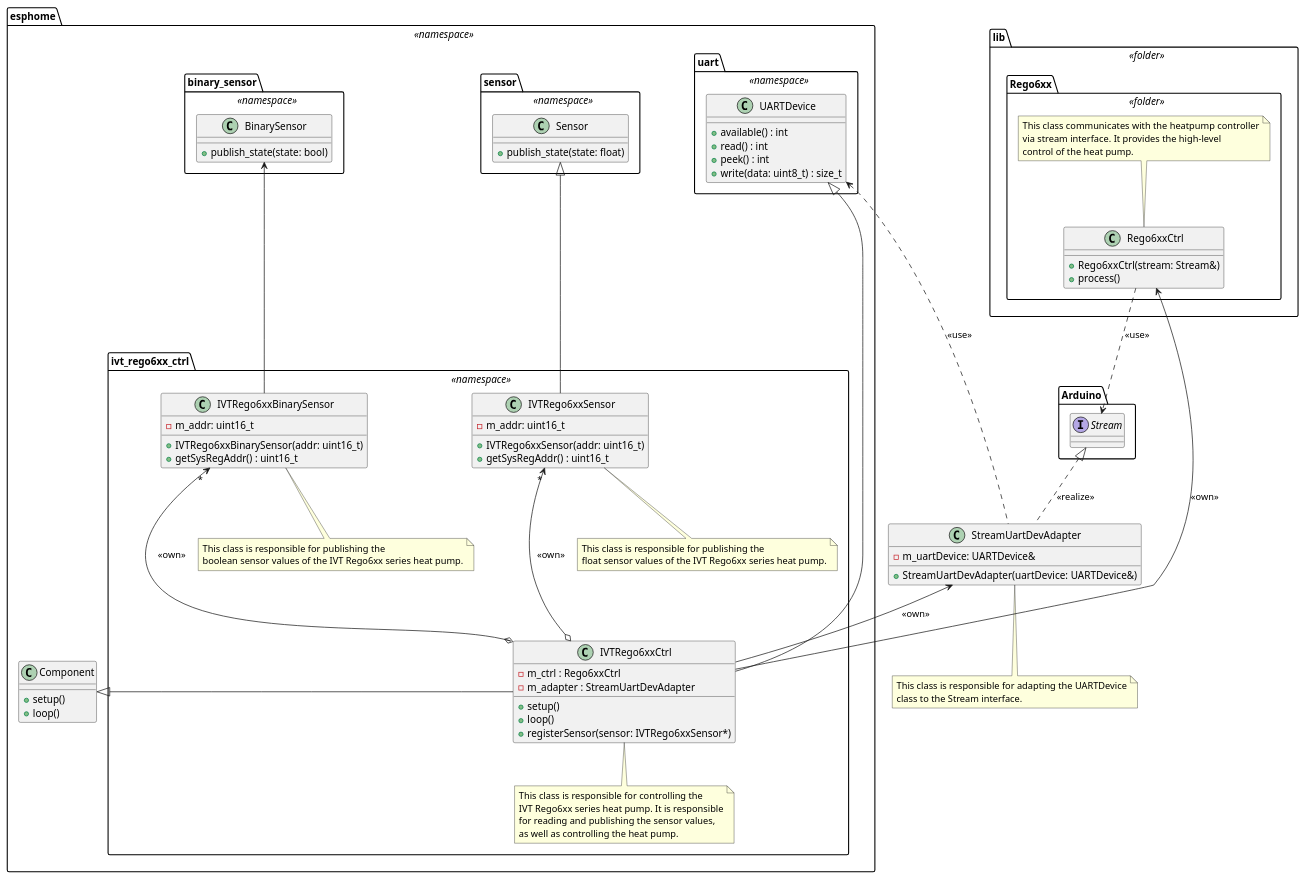
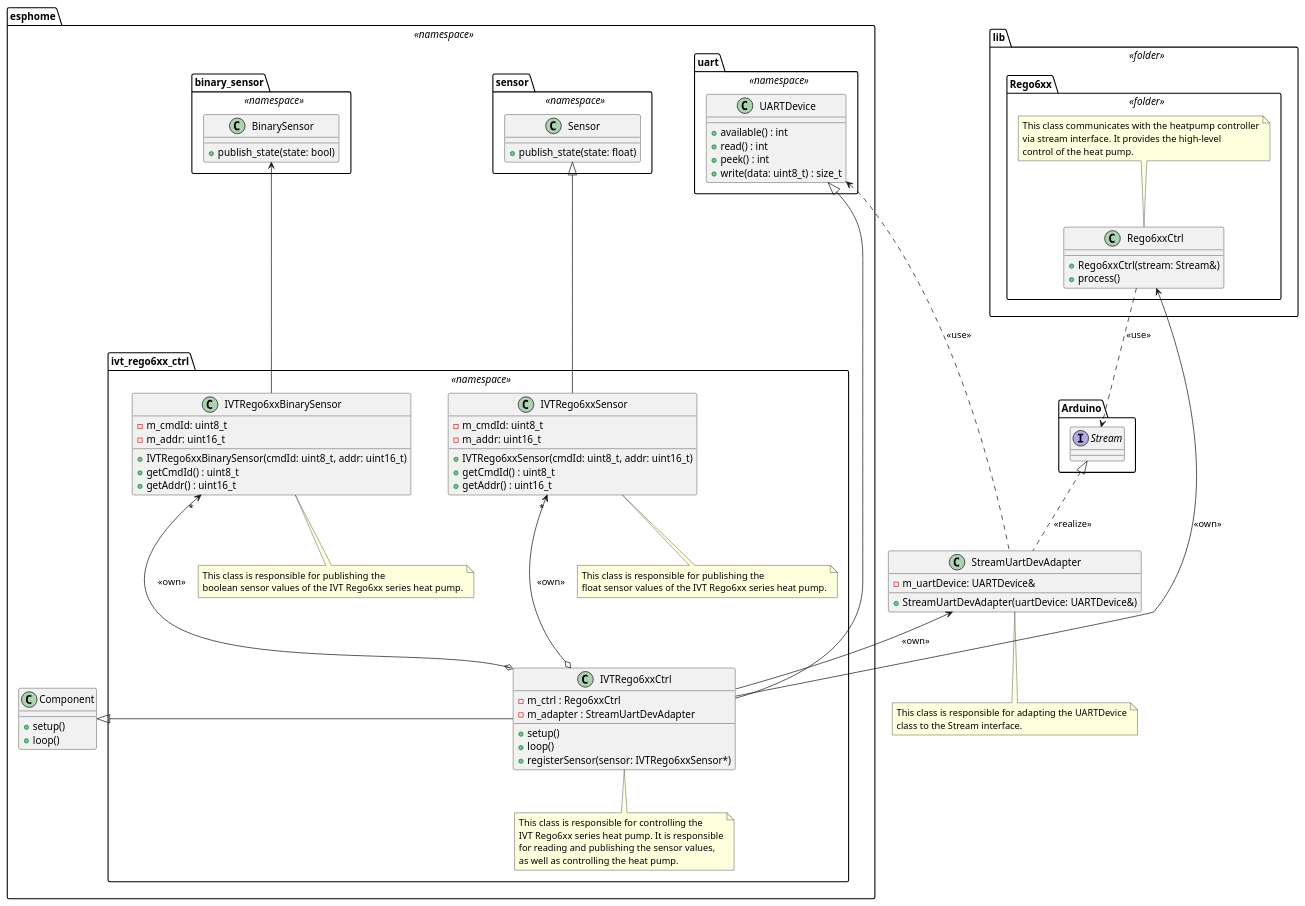
One commit to BlueAndi/IVTRego6xxControl changed the diagram in doc/sw-architecture/class_diagram.puml. Above: the diagram before and after it, drawn with PlantUML. The commit also changed 11 other files, not shown here.

```diff
--- a/doc/sw-architecture/class_diagram.puml
+++ b/doc/sw-architecture/class_diagram.puml
@@ -1,121 +1,125 @@
 @startuml class_diagram
 
 package "esphome" <<namespace>> {
 
     package "uart" <<namespace>> as uartPckg {
 
         class "UARTDevice" as uartDevice {
             + available() : int
             + read() : int
             + peek() : int
             + write(data: uint8_t) : size_t
         }
     }
 
     class "Component" as comp {
         + setup()
         + loop()
     }
 
     package "sensor" <<namespace>> as sensorPckg {
 
         class "Sensor" as sensor {
             + publish_state(state: float)
         }
     }
 
     package "binary_sensor" <<namespace>> as binarySensorPckg {
 
         class "BinarySensor" as binarySensor {
             + publish_state(state: bool)
         }
     }
 
     package "ivt_rego6xx_ctrl" <<namespace>> as ivtRego6xxCtrlPckg {
 
         class "IVTRego6xxCtrl" as ivtRego6xxCtrl {
             - m_ctrl : Rego6xxCtrl
             - m_adapter : StreamUartDevAdapter
             + setup()
             + loop()
             + registerSensor(sensor: IVTRego6xxSensor*)
         }
 
         class "IVTRego6xxSensor" as ivtRego6xxSensor {
+            - m_cmdId: uint8_t
             - m_addr: uint16_t
-            + IVTRego6xxSensor(addr: uint16_t)
-            + getSysRegAddr() : uint16_t
+            + IVTRego6xxSensor(cmdId: uint8_t, addr: uint16_t)
+            + getCmdId() : uint8_t
+            + getAddr() : uint16_t
         }
 
         class "IVTRego6xxBinarySensor" as ivtRego6xxBinarySensor {
+            - m_cmdId: uint8_t
             - m_addr: uint16_t
-            + IVTRego6xxBinarySensor(addr: uint16_t)
-            + getSysRegAddr() : uint16_t
+            + IVTRego6xxBinarySensor(cmdId: uint8_t, addr: uint16_t)
+            + getCmdId() : uint8_t
+            + getAddr() : uint16_t
         }
 
         note bottom of ivtRego6xxCtrl
             This class is responsible for controlling the
             IVT Rego6xx series heat pump. It is responsible
             for reading and publishing the sensor values,
             as well as controlling the heat pump.
         end note
 
         note bottom of ivtRego6xxSensor
             This class is responsible for publishing the
             float sensor values of the IVT Rego6xx series heat pump.
         end note
 
         note bottom of ivtRego6xxBinarySensor
             This class is responsible for publishing the
             boolean sensor values of the IVT Rego6xx series heat pump.
         end note
     }
 }
 
 class "StreamUartDevAdapter" as streamUartDevAdapter {
     - m_uartDevice: UARTDevice&
     + StreamUartDevAdapter(uartDevice: UARTDevice&)
 }
 
 note bottom of streamUartDevAdapter
     This class is responsible for adapting the UARTDevice
     class to the Stream interface.
 end note
 
 package "lib" <<folder>> as libPckg {
 
     package "Rego6xx" <<folder>> as rego6xxPckg {
 
         class "Rego6xxCtrl" as rego6xxCtrl {
             + Rego6xxCtrl(stream: Stream&)
             + process()
         }
 
         note top of rego6xxCtrl
             This class communicates with the heatpump controller
             via stream interface. It provides the high-level
             control of the heat pump.
         end note
     }
 }
 
 package "Arduino" as arduinoPckg {
     interface "Stream" as stream
 }
 
 uartDevice <|----- ivtRego6xxCtrl
 comp <|- ivtRego6xxCtrl
 rego6xxCtrl <-- ivtRego6xxCtrl: <<own>>
 streamUartDevAdapter <-- ivtRego6xxCtrl: <<own>>
 ivtRego6xxSensor "*" <---o ivtRego6xxCtrl: <<own>>
 ivtRego6xxBinarySensor "*" <---o ivtRego6xxCtrl: <<own>>
 
 stream <|.. streamUartDevAdapter: <<realize>>
 uartDevice <.. streamUartDevAdapter: <<use>>
 
 rego6xxCtrl ..> stream: <<use>>
 
 sensor <|--- ivtRego6xxSensor
 binarySensor <--- ivtRego6xxBinarySensor
 
 @enduml
```
